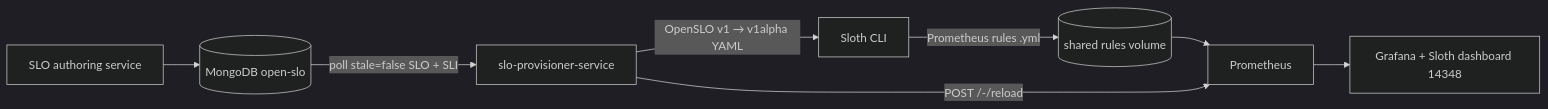
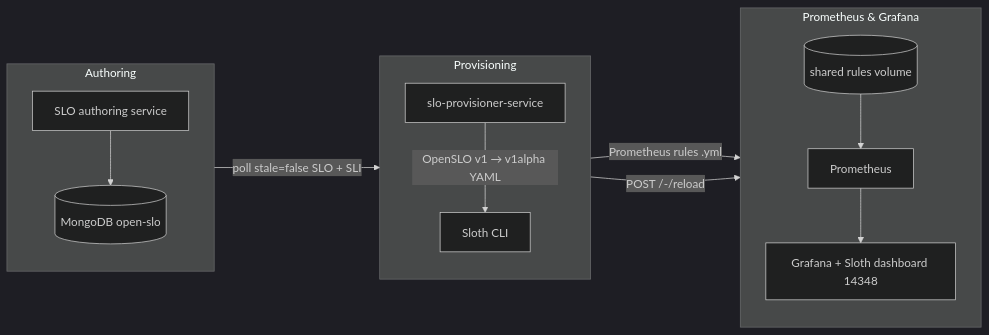
One commit to sanjuthomas/observability-mesh changed the third of 3 diagrams in README.md. Above: the diagram before and after it, drawn with Mermaid (dark theme). The commit also changed other lines of this file, not shown here.

Commit message:
Improve README observability diagrams.
Stack instrumented services vertically in the OTLP flow and lay out the OpenSLO → Sloth → Prometheus path as swimlanes for readability.

````diff
--- a/README.md
+++ b/README.md
@@ -101,10 +102,29 @@
 ```mermaid
 flowchart LR
-    SloAuth[SLO authoring service] --> Mongo[(MongoDB open-slo)]
-    Mongo -->|poll stale=false SLO + SLI| Prov[slo-provisioner-service]
-    Prov -->|OpenSLO v1 → v1alpha YAML| Sloth[Sloth CLI]
-    Sloth -->|Prometheus rules .yml| Rules[(shared rules volume)]
-    Rules --> Prom[Prometheus]
+    subgraph Authoring[Authoring]
+        direction TB
+        SloAuth[SLO authoring service]
+        Mongo[(MongoDB open-slo)]
+    end
+
+    subgraph Provisioning[Provisioning]
+        direction TB
+        Prov[slo-provisioner-service]
+        Sloth[Sloth CLI]
+    end
+
+    subgraph Metrics[Prometheus & Grafana]
+        direction TB
+        Rules[(shared rules volume)]
+        Prom[Prometheus]
+        Grafana[Grafana + Sloth dashboard 14348]
+    end
+
+    SloAuth --> Mongo
+    Mongo -->|poll stale=false SLO + SLI| Prov
+    Prov -->|OpenSLO v1 → v1alpha YAML| Sloth
+    Sloth -->|Prometheus rules .yml| Rules
+    Rules --> Prom
     Prov -->|POST /-/reload| Prom
-    Prom --> Grafana[Grafana + Sloth dashboard 14348]
+    Prom --> Grafana
 ```
````
